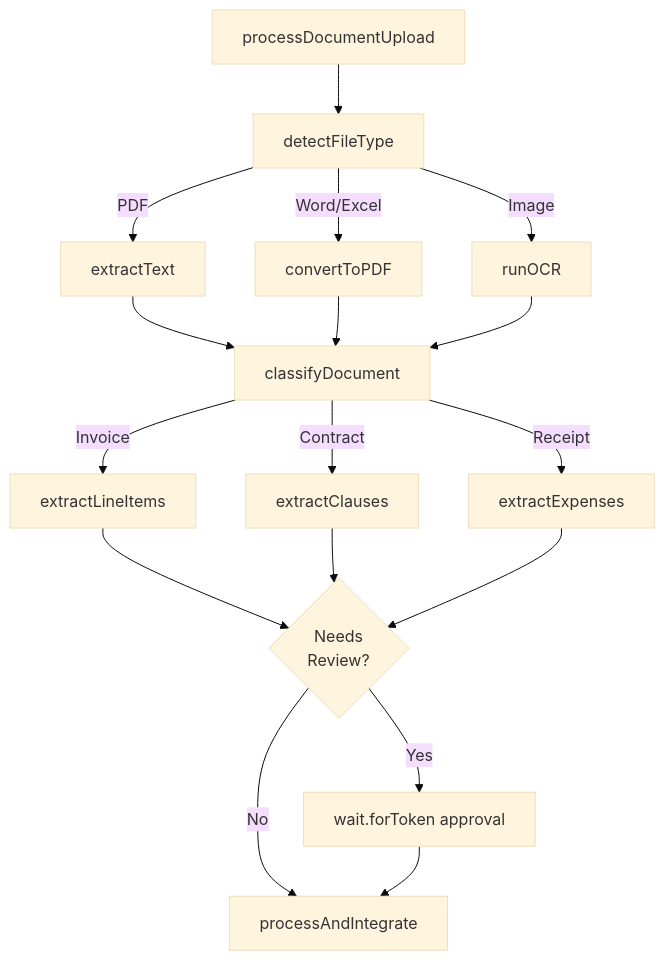
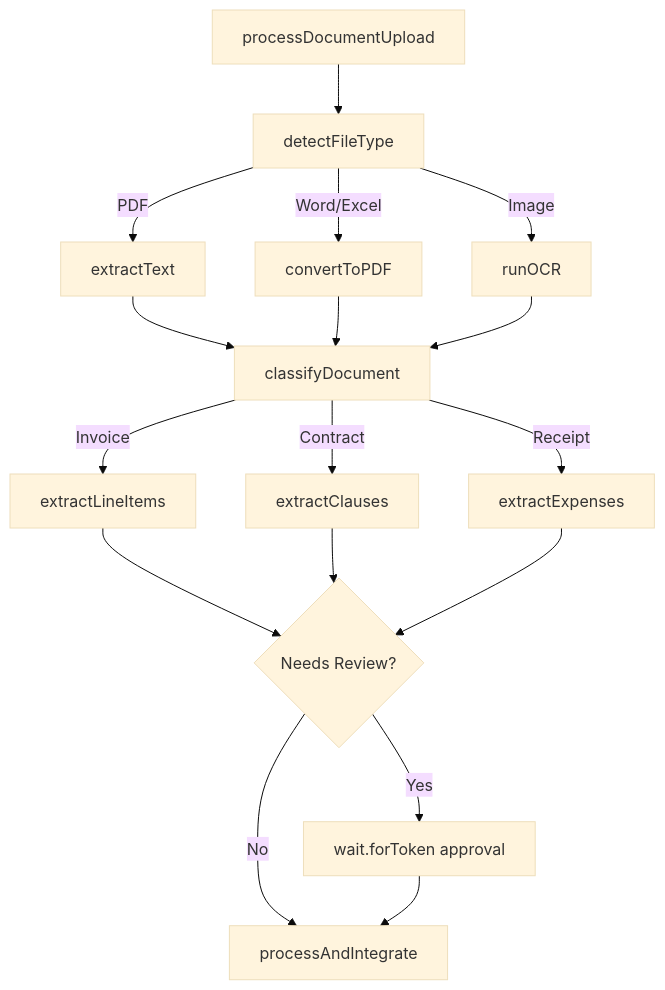
One commit to triggerdotdev/trigger.dev changed the fifth of 5 diagrams in docs/guides/use-cases/media-processing.mdx. Above: the diagram before and after it, drawn with Mermaid (base theme). The commit also changed other lines of this file and 1 other file, not shown here.

First line of the commit message:
docs: fix mermaid decision nodes with br tags

````diff
--- a/docs/guides/use-cases/media-processing.mdx
+++ b/docs/guides/use-cases/media-processing.mdx
@@ -148,19 +148,19 @@
 ```mermaid
 graph TB
     A[processDocumentUpload] --> B[detectFileType]
     B -->|PDF| C[extractText]
     B -->|Word/Excel| D[convertToPDF]
     B -->|Image| E[runOCR]
     C --> F[classifyDocument]
     D --> F
     E --> F
     F -->|Invoice| G[extractLineItems]
     F -->|Contract| H[extractClauses]
     F -->|Receipt| I[extractExpenses]
-    G --> J{Needs<br/>Review?}
+    G --> J{Needs Review?}
     H --> J
     I --> J
     J -->|Yes| K[wait.forToken approval]
     J -->|No| L[processAndIntegrate]
     K --> L
 ```
````
